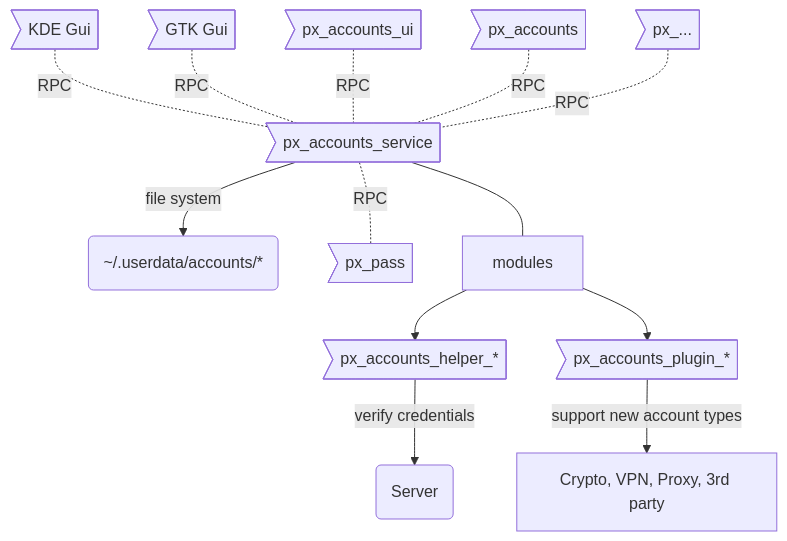
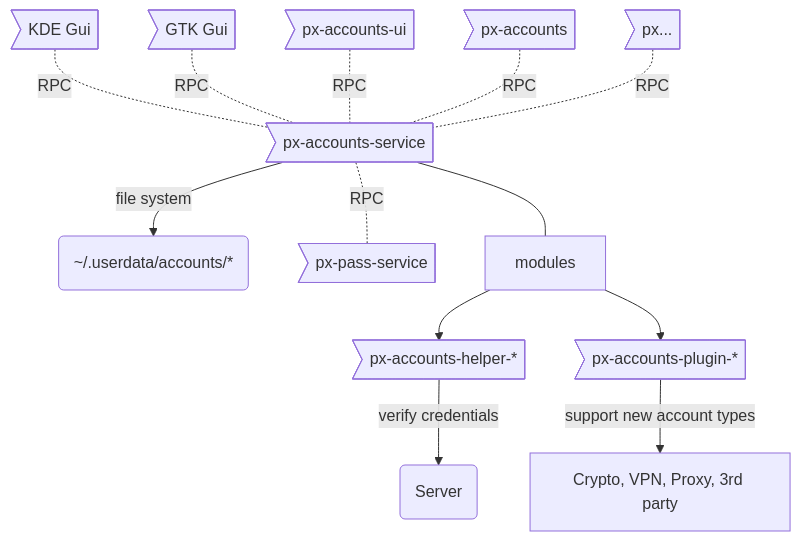
One commit to PantherXOS/px-accounts-service changed the first of 2 diagrams in README.md. Above: the diagram before and after it, drawn with Mermaid. The commit also changed other lines of this file, not shown here.

````diff
--- a/README.md
+++ b/README.md
@@ -32,24 +19,24 @@
 ```mermaid
 graph TD
-SVC>px_accounts_service]
-CMD>px_accounts]
-GUI>px_accounts_ui]
+SVC>px-accounts-service]
+CMD>px-accounts]
+GUI>px-accounts-ui]
 DB("~/.userdata/accounts/*")
-PAS>px_pass]
+PAS>px-pass-service]
 MOD[modules]
-HLP>px_accounts_helper_*]
-PLG>px_accounts_plugin_*]
+HLP>px-accounts-helper-*]
+PLG>px-accounts-plugin-*]
 
 KDE>KDE Gui] -.- |RPC| SVC
 GTK>GTK Gui] -.- |RPC| SVC
 GUI -.- |RPC| SVC
 CMD -.- |RPC| SVC
-PXAPP>px_...] -.- |RPC| SVC
+PXAPP>px...] -.- |RPC| SVC
 SVC --- MOD
 SVC -.- |RPC| PAS
 MOD --> HLP
 MOD --> PLG
 SVC --> |file system| DB
 HLP --> |verify credentials| J(Server)
 PLG --> |support new account types| K[Crypto, VPN, Proxy, 3rd party]
 ```
````
